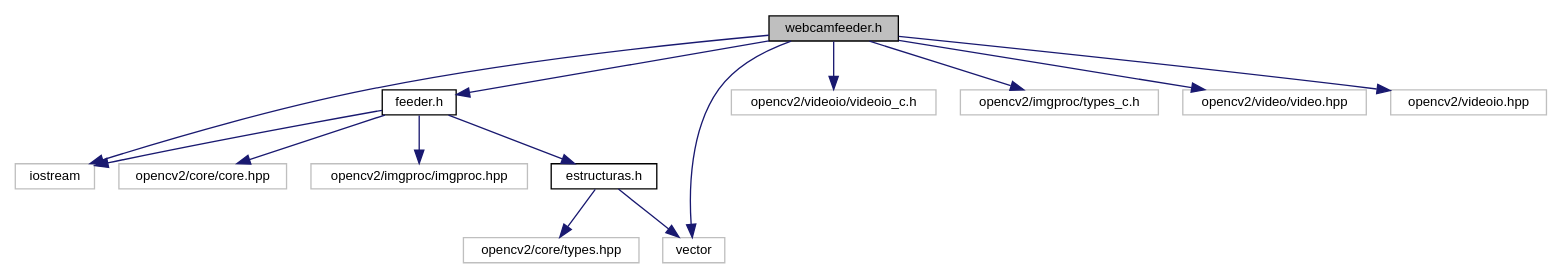
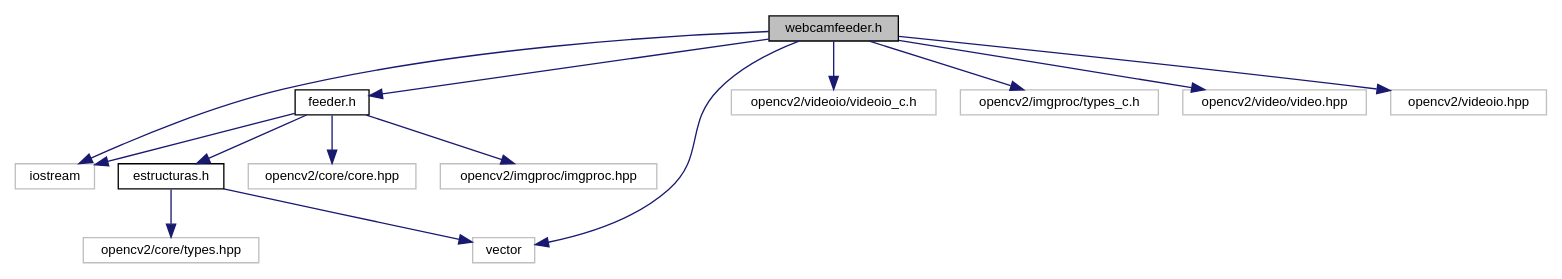
One commit to agustinavila/ProyectoVision changed the diagram in webcamfeeder_8h__incl.dot. Above: the diagram before and after it, drawn with Graphviz. The commit also changed 191 other files, not shown here.

```diff
--- a/webcamfeeder_8h__incl.dot
+++ b/webcamfeeder_8h__incl.dot
@@ -1,31 +1,31 @@
 digraph "webcamfeeder.h"
 {
  // LATEX_PDF_SIZE
   edge [fontname="Helvetica",fontsize="10",labelfontname="Helvetica",labelfontsize="10"];
   node [fontname="Helvetica",fontsize="10",shape=record];
   Node1 [label="webcamfeeder.h",height=0.2,width=0.4,color="black", fillcolor="grey75", style="filled", fontcolor="black",tooltip="Declaracion de la clase concreta WebcamFeeder."];
   Node1 -> Node2 [color="midnightblue",fontsize="10",style="solid",fontname="Helvetica"];
   Node2 [label="feeder.h",height=0.2,width=0.4,color="black", fillcolor="white", style="filled",URL="$feeder_8h.html",tooltip="Archivo de cabecera de la clase abstracta Feeder."];
   Node2 -> Node3 [color="midnightblue",fontsize="10",style="solid",fontname="Helvetica"];
   Node3 [label="iostream",height=0.2,width=0.4,color="grey75", fillcolor="white", style="filled",tooltip=" "];
   Node2 -> Node4 [color="midnightblue",fontsize="10",style="solid",fontname="Helvetica"];
-  Node4 [label="opencv2/core/core.hpp",height=0.2,width=0.4,color="grey75", fillcolor="white", style="filled",tooltip=" "];
-  Node2 -> Node5 [color="midnightblue",fontsize="10",style="solid",fontname="Helvetica"];
-  Node5 [label="opencv2/imgproc/imgproc.hpp",height=0.2,width=0.4,color="grey75", fillcolor="white", style="filled",tooltip=" "];
-  Node2 -> Node6 [color="midnightblue",fontsize="10",style="solid",fontname="Helvetica"];
-  Node6 [label="estructuras.h",height=0.2,width=0.4,color="black", fillcolor="white", style="filled",URL="$estructuras_8h.html",tooltip="Descripcion de distintas estructuras de datos usadas por la clase."];
-  Node6 -> Node7 [color="midnightblue",fontsize="10",style="solid",fontname="Helvetica"];
-  Node7 [label="vector",height=0.2,width=0.4,color="grey75", fillcolor="white", style="filled",tooltip=" "];
-  Node6 -> Node8 [color="midnightblue",fontsize="10",style="solid",fontname="Helvetica"];
-  Node8 [label="opencv2/core/types.hpp",height=0.2,width=0.4,color="grey75", fillcolor="white", style="filled",tooltip=" "];
+  Node4 [label="estructuras.h",height=0.2,width=0.4,color="black", fillcolor="white", style="filled",URL="$estructuras_8h.html",tooltip="Descripcion de distintas estructuras de datos usadas por la clase."];
+  Node4 -> Node5 [color="midnightblue",fontsize="10",style="solid",fontname="Helvetica"];
+  Node5 [label="vector",height=0.2,width=0.4,color="grey75", fillcolor="white", style="filled",tooltip=" "];
+  Node4 -> Node6 [color="midnightblue",fontsize="10",style="solid",fontname="Helvetica"];
+  Node6 [label="opencv2/core/types.hpp",height=0.2,width=0.4,color="grey75", fillcolor="white", style="filled",tooltip=" "];
+  Node2 -> Node7 [color="midnightblue",fontsize="10",style="solid",fontname="Helvetica"];
+  Node7 [label="opencv2/core/core.hpp",height=0.2,width=0.4,color="grey75", fillcolor="white", style="filled",tooltip=" "];
+  Node2 -> Node8 [color="midnightblue",fontsize="10",style="solid",fontname="Helvetica"];
+  Node8 [label="opencv2/imgproc/imgproc.hpp",height=0.2,width=0.4,color="grey75", fillcolor="white", style="filled",tooltip=" "];
   Node1 -> Node9 [color="midnightblue",fontsize="10",style="solid",fontname="Helvetica"];
   Node9 [label="opencv2/videoio/videoio_c.h",height=0.2,width=0.4,color="grey75", fillcolor="white", style="filled",tooltip=" "];
   Node1 -> Node10 [color="midnightblue",fontsize="10",style="solid",fontname="Helvetica"];
   Node10 [label="opencv2/imgproc/types_c.h",height=0.2,width=0.4,color="grey75", fillcolor="white", style="filled",tooltip=" "];
   Node1 -> Node11 [color="midnightblue",fontsize="10",style="solid",fontname="Helvetica"];
   Node11 [label="opencv2/video/video.hpp",height=0.2,width=0.4,color="grey75", fillcolor="white", style="filled",tooltip=" "];
   Node1 -> Node12 [color="midnightblue",fontsize="10",style="solid",fontname="Helvetica"];
   Node12 [label="opencv2/videoio.hpp",height=0.2,width=0.4,color="grey75", fillcolor="white", style="filled",tooltip=" "];
   Node1 -> Node3 [color="midnightblue",fontsize="10",style="solid",fontname="Helvetica"];
-  Node1 -> Node7 [color="midnightblue",fontsize="10",style="solid",fontname="Helvetica"];
+  Node1 -> Node5 [color="midnightblue",fontsize="10",style="solid",fontname="Helvetica"];
 }
```
